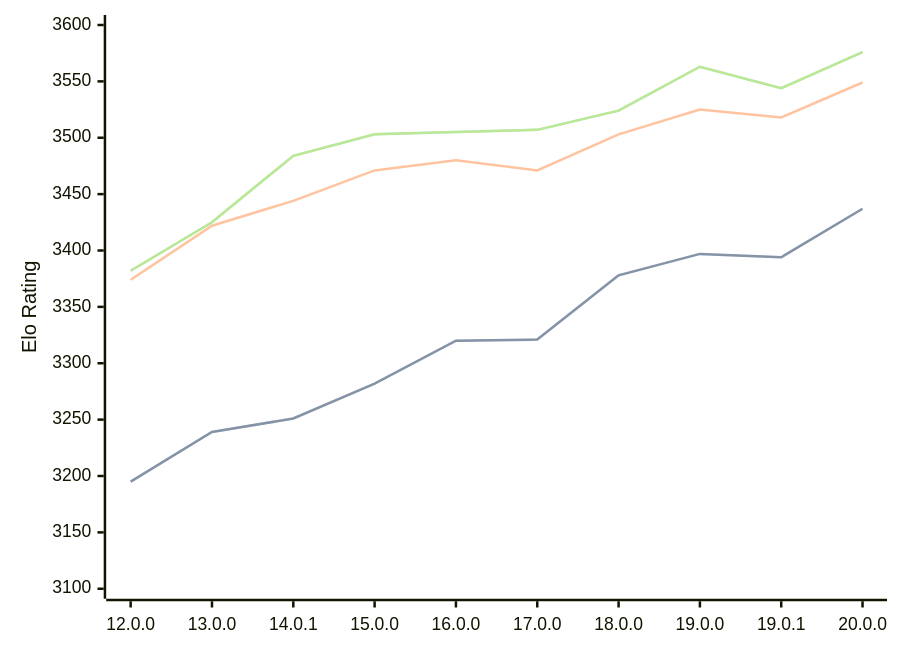
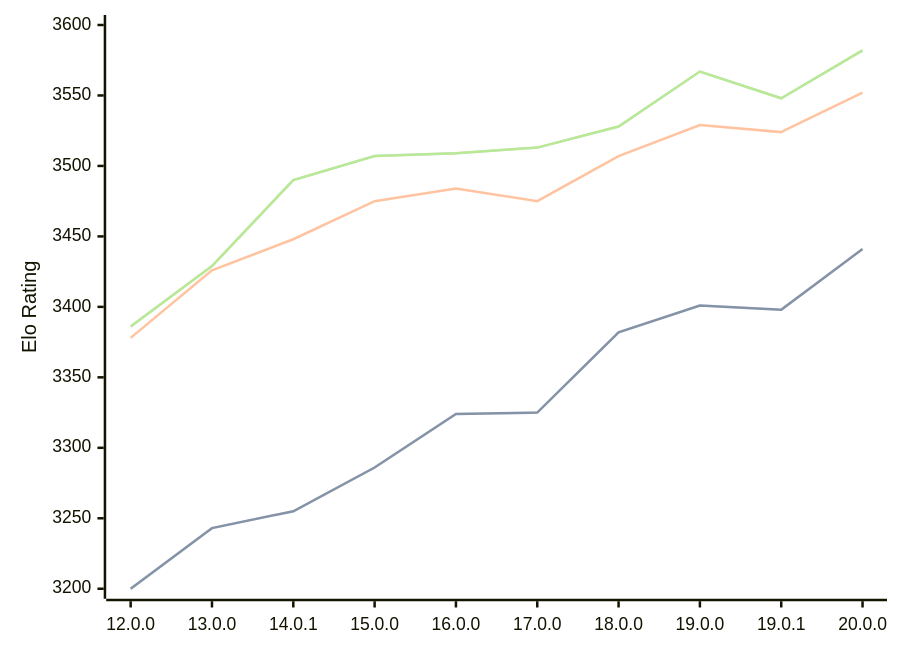
One commit to computer-chess-index/cci changed the diagram in engines/Viridithas.md. Above: the diagram before and after it, drawn with Mermaid. The commit also changed other lines of this file, not shown here.

Commit message:
Update CCI Ratings (ELO VLTC) - 2026-08-18

````diff
--- a/engines/Viridithas.md
+++ b/engines/Viridithas.md
@@ -40,11 +40,11 @@
 ```mermaid
 %%{init: {"theme":"base","themeVariables":{"seriesColors:['#a3a3a3','#222221','#faa371']}}}%%
 xychart-beta
   x-axis ["12.0.0", "13.0.0", "14.0.1", "15.0.0", "16.0.0", "17.0.0", "18.0.0", "19.0.0", "19.0.1", "20.0.0"]
-  y-axis "Elo Rating" 3100 --> 3600
-  line "STC (8.0+0.08s)" [3195, 3239, 3251, 3282, 3320, 3321, 3378, 3397, 3394, 3437]
-  line "STC (8.0+0.08s)" [3195, 3239, 3251, 3282, 3320, 3321, 3378, 3397, 3394, 3437]
-  line "LTC (60.0+0.60s)" [3374, 3422, 3444, 3471, 3480, 3471, 3503, 3525, 3518, 3549]
-  line "VLTC (2m24s+1.12s)" [3382, 3425, 3484, 3503, 3505, 3507, 3524, 3563, 3544, 3576]
-  line "VLTC (2m24s+1.12s)" [3382, 3425, 3484, 3503, 3505, 3507, 3524, 3563, 3544, 3576]
+  y-axis "Elo Rating" 3200 --> 3600
+  line "STC (8.0+0.08s)" [3200, 3243, 3255, 3286, 3324, 3325, 3382, 3401, 3398, 3441]
+  line "STC (8.0+0.08s)" [3200, 3243, 3255, 3286, 3324, 3325, 3382, 3401, 3398, 3441]
+  line "LTC (60.0+0.60s)" [3378, 3426, 3448, 3475, 3484, 3475, 3507, 3529, 3524, 3552]
+  line "VLTC (2m24s+1.12s)" [3386, 3429, 3490, 3507, 3509, 3513, 3528, 3567, 3548, 3582]
+  line "VLTC (2m24s+1.12s)" [3386, 3429, 3490, 3507, 3509, 3513, 3528, 3567, 3548, 3582]
 ```
````
